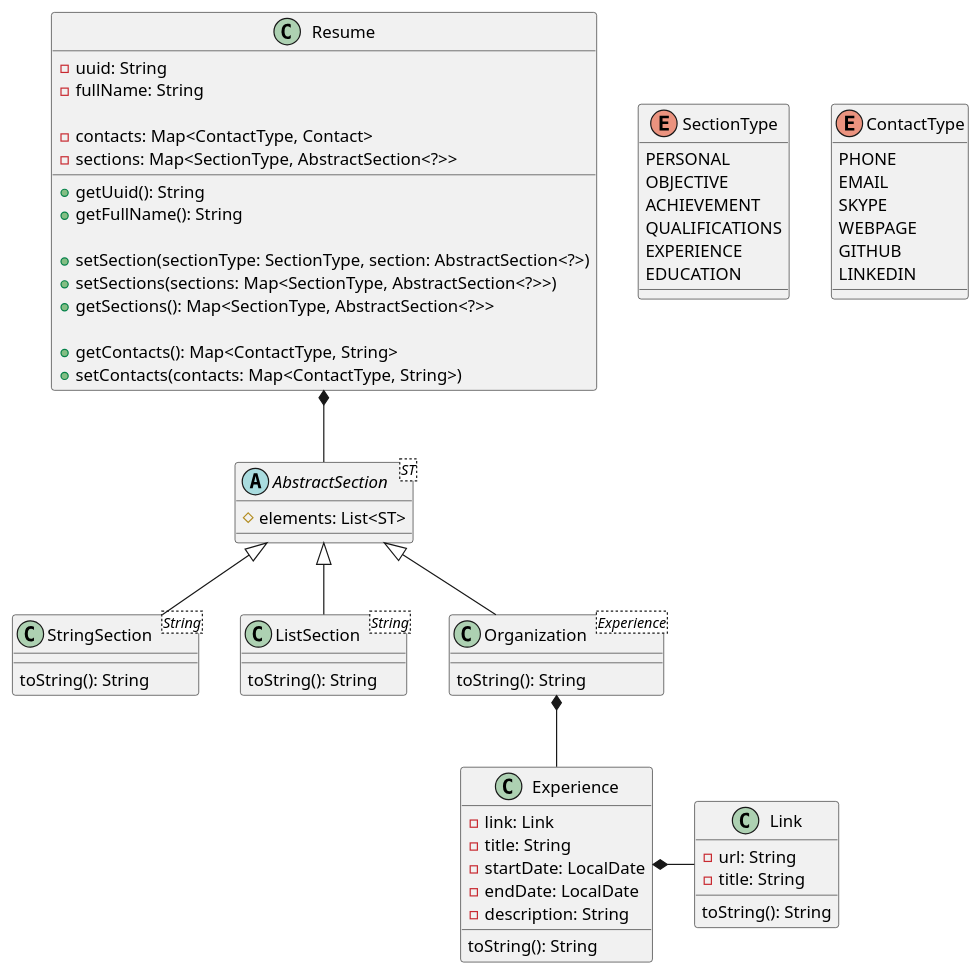
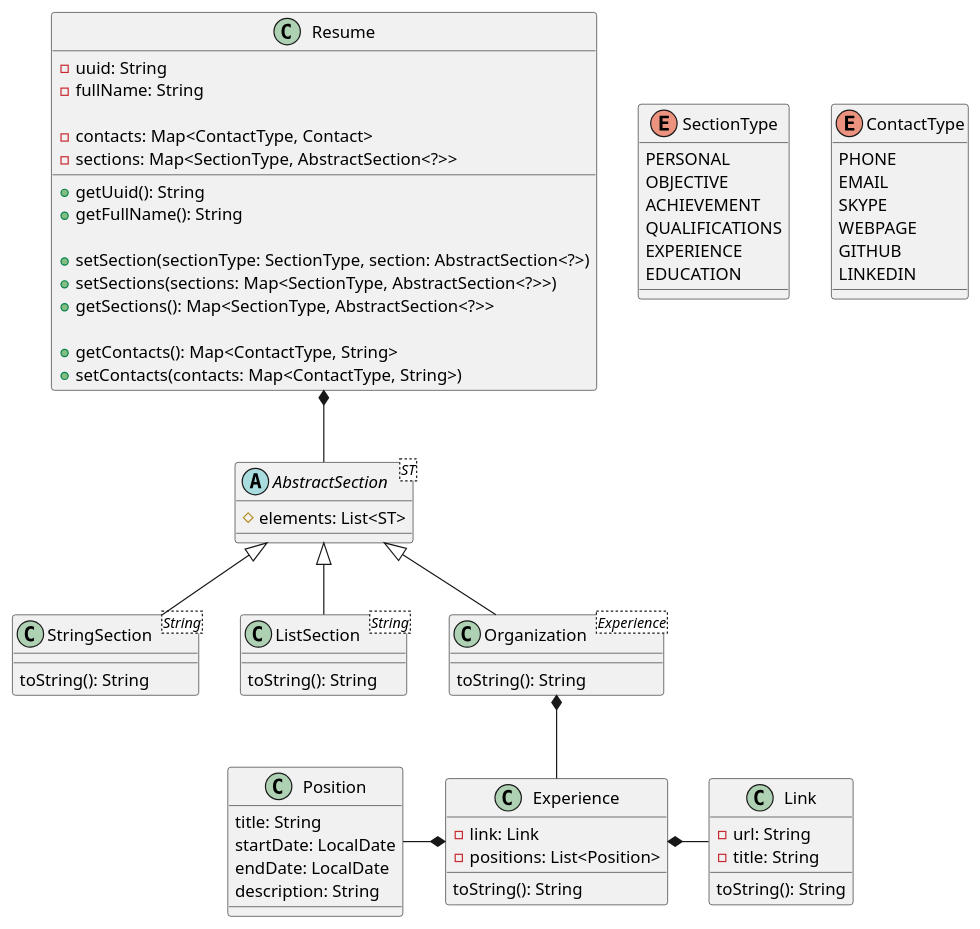
Before and after one commit to dmitrysib/basejava: the diagram in basejava.puml, drawn with PlantUML.

Commit message:
HW8.3.4
Update UML class diagram

```diff
--- a/basejava.puml
+++ b/basejava.puml
@@ -1,78 +1,83 @@
 @startuml
 
 enum SectionType {
     PERSONAL
     OBJECTIVE
     ACHIEVEMENT
     QUALIFICATIONS
     EXPERIENCE
     EDUCATION
 }
 
 enum ContactType {
     PHONE
     EMAIL
     SKYPE
     WEBPAGE
     GITHUB
     LINKEDIN
 }
 
 class Resume {
     - uuid: String
     - fullName: String
 
     - contacts: Map<ContactType, Contact>
     - sections: Map<SectionType, AbstractSection<?>>
 
     + getUuid(): String
     + getFullName(): String
 
     + setSection(sectionType: SectionType, section: AbstractSection<?>)
     + setSections(sections: Map<SectionType, AbstractSection<?>>)
     + getSections(): Map<SectionType, AbstractSection<?>>
 
     + getContacts(): Map<ContactType, String>
     + setContacts(contacts: Map<ContactType, String>)
 }
 
 abstract class AbstractSection<ST> {
     #elements: List<ST>
 }
 
 class StringSection<String> extends AbstractSection {
     toString(): String
 }
 
 class ListSection<String> extends AbstractSection {
     toString(): String
 }
 
 together {
     class Link {
         - url: String
         - title: String
 
         toString(): String
     }
 
     class Experience {
         - link: Link
-        - title: String
-        - startDate: LocalDate
-        - endDate: LocalDate
-        - description: String
+        - positions: List<Position>
 
         toString(): String
+    }
+
+    class Position {
+        title: String
+        startDate: LocalDate
+        endDate: LocalDate
+        description: String
     }
 }
 
 class Organization<Experience> extends AbstractSection {
     toString(): String
 }
 
 Resume *-- AbstractSection
 Organization *-- Experience
-Experience *- Link
+Experience *-right- Link
+Experience *-left- Position
 
 @enduml
```
